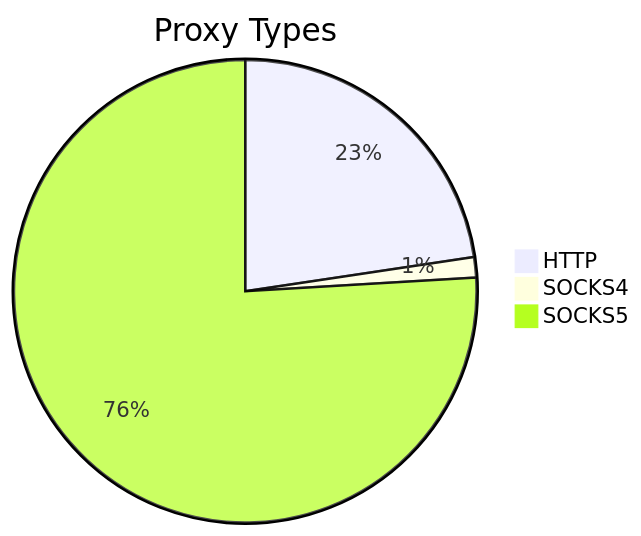
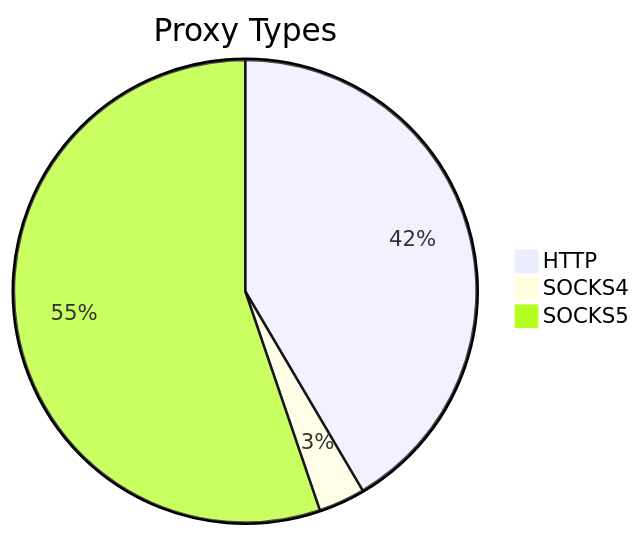
The first of 2 diagrams in README.md (stormsia/proxy-list), drawn with Mermaid before and after one commit. The commit also changed other lines of this file, not shown here.

````diff
--- a/README.md
+++ b/README.md
@@ -21,6 +21,6 @@
 ```mermaid
 pie title Proxy Types
-    "HTTP" : 462
-    "SOCKS4" : 29
-    "SOCKS5" : 1550
+    "HTTP" : 294
+    "SOCKS4" : 23
+    "SOCKS5" : 391
 ```
````
